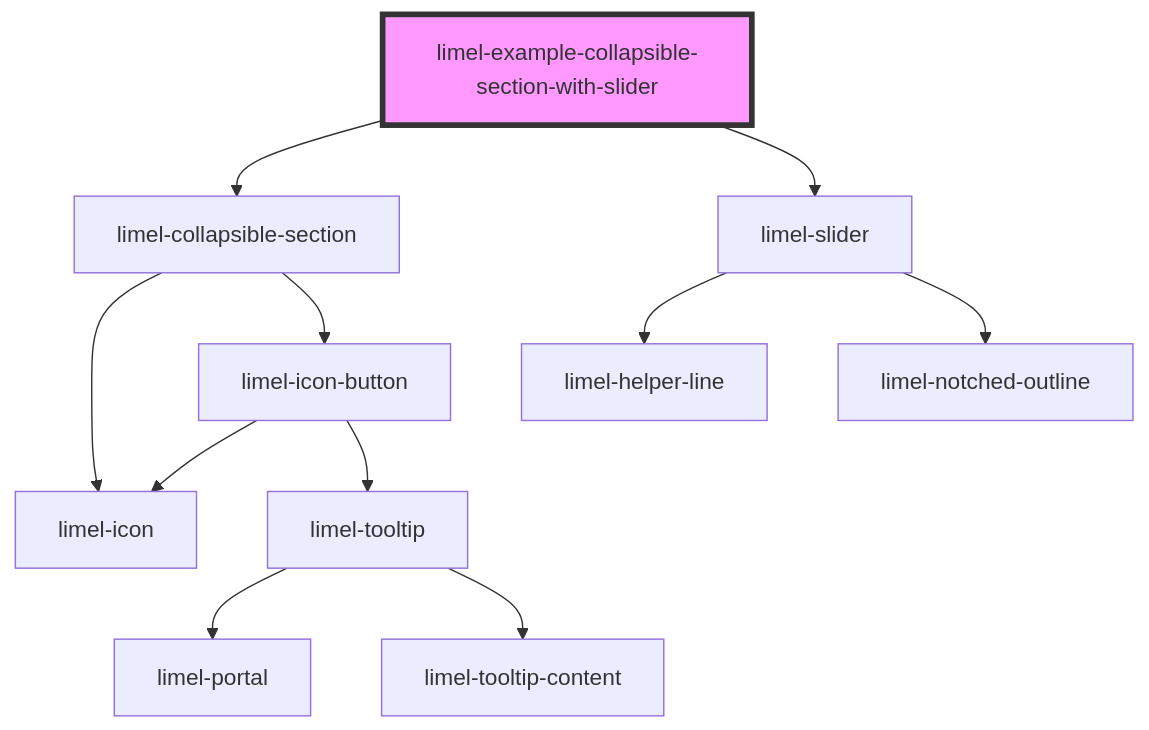
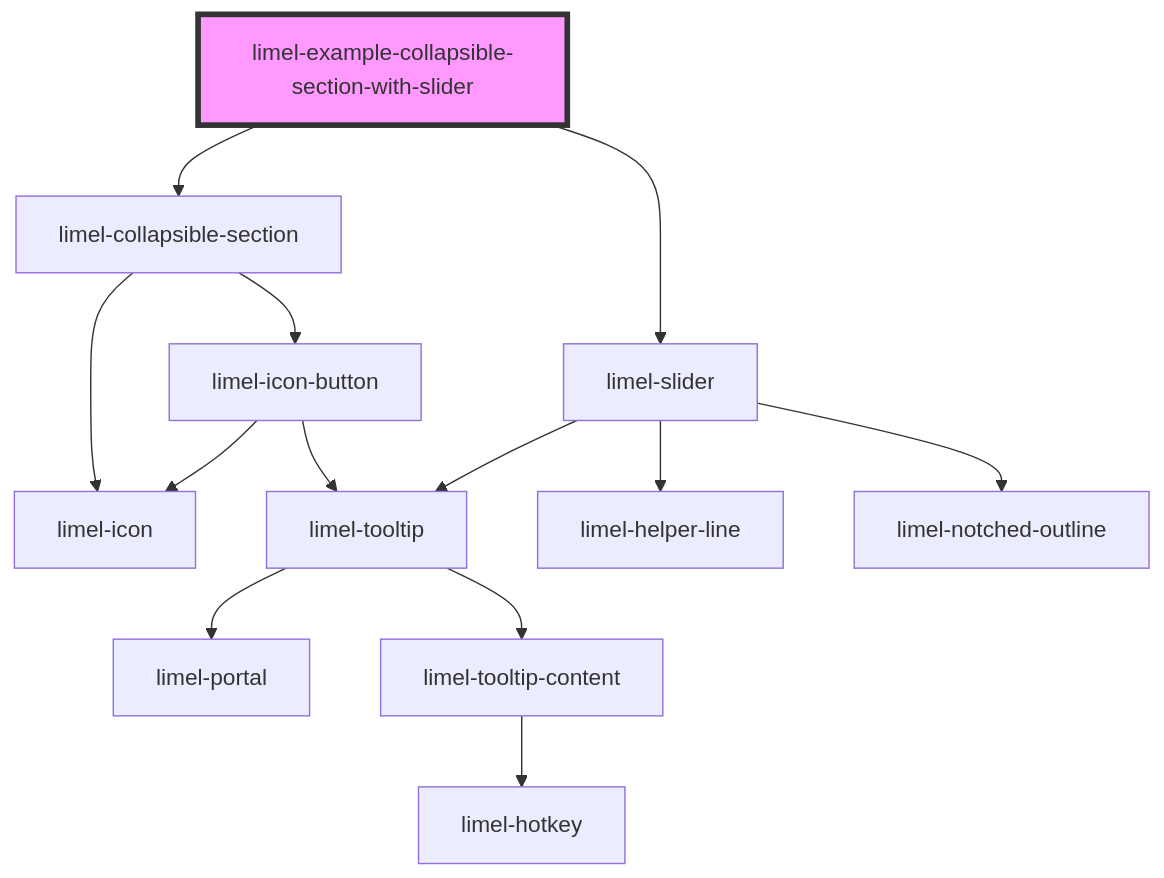
The diagram in versions/PR-3990/markdown-docs/components/collapsible-section/examples/readme.md (Lundalogik/lime-elements), drawn with Mermaid before and after one commit. The commit also changed 1095 other files, not shown here.

````diff
--- a/versions/PR-3990/markdown-docs/components/collapsible-section/examples/readme.md
+++ b/versions/PR-3990/markdown-docs/components/collapsible-section/examples/readme.md
@@ -22,14 +22,16 @@
 ```mermaid
 graph TD;
   limel-example-collapsible-section-with-slider --> limel-collapsible-section
   limel-example-collapsible-section-with-slider --> limel-slider
   limel-collapsible-section --> limel-icon
   limel-collapsible-section --> limel-icon-button
   limel-icon-button --> limel-icon
   limel-icon-button --> limel-tooltip
   limel-tooltip --> limel-portal
   limel-tooltip --> limel-tooltip-content
+  limel-tooltip-content --> limel-hotkey
   limel-slider --> limel-helper-line
+  limel-slider --> limel-tooltip
   limel-slider --> limel-notched-outline
   style limel-example-collapsible-section-with-slider fill:#f9f,stroke:#333,stroke-width:4px
 ```
````
